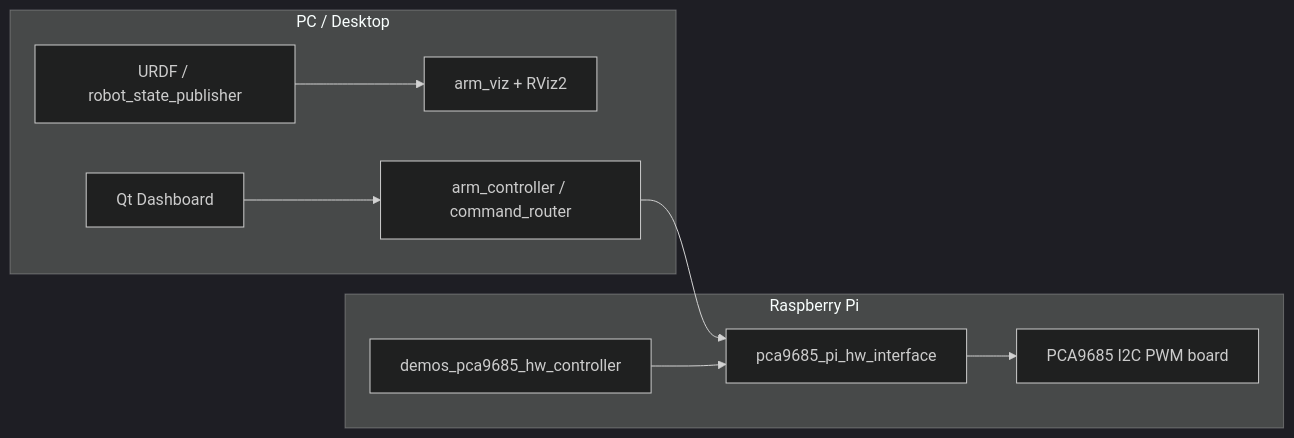
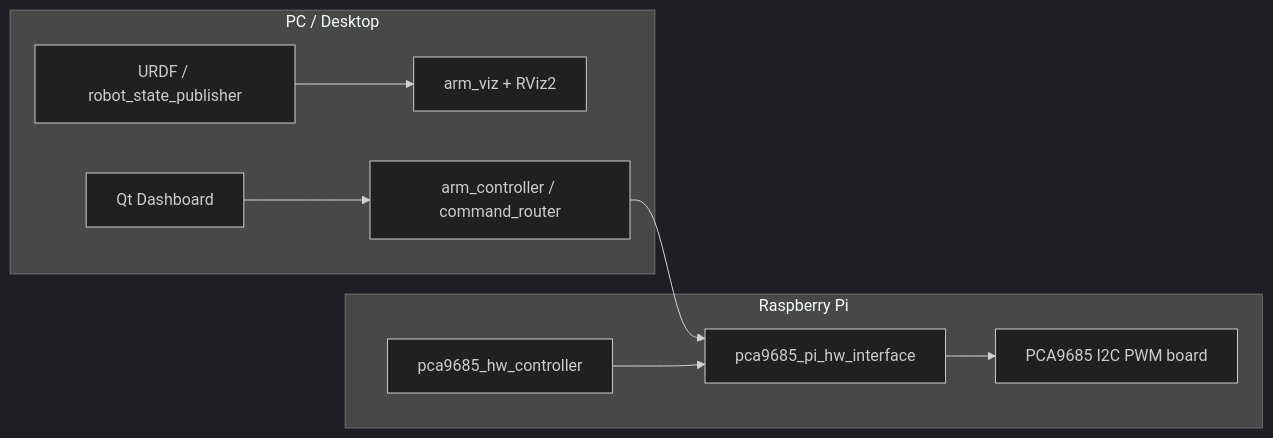
Before and after one commit to Dhouhaga/4DOF-Robotic-Arm-ROS2-QT-CPP: the diagram in README.md, drawn with Mermaid (dark theme).

````diff
--- a/README.md
+++ b/README.md
@@ -14,21 +14,21 @@
 ```mermaid
 flowchart LR
     subgraph PC[PC / Desktop]
         Dashboard[Qt Dashboard]
         Viz[arm_viz + RViz2]
         URDF[URDF / robot_state_publisher]
         Router[arm_controller / command_router]
     end
 
     subgraph PI[Raspberry Pi]
         HW[pca9685_pi_hw_interface]
-        Control[demos_pca9685_hw_controller]
+        Control[pca9685_hw_controller]
         PCA[PCA9685 I2C PWM board]
     end
 
     Dashboard --> Router
     Router --> HW
     URDF --> Viz
     Control --> HW
     HW --> PCA
 ```
````
